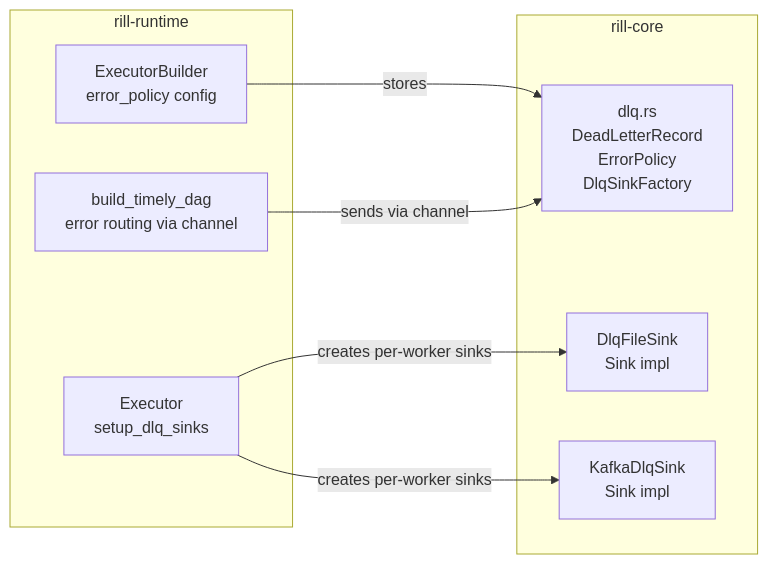
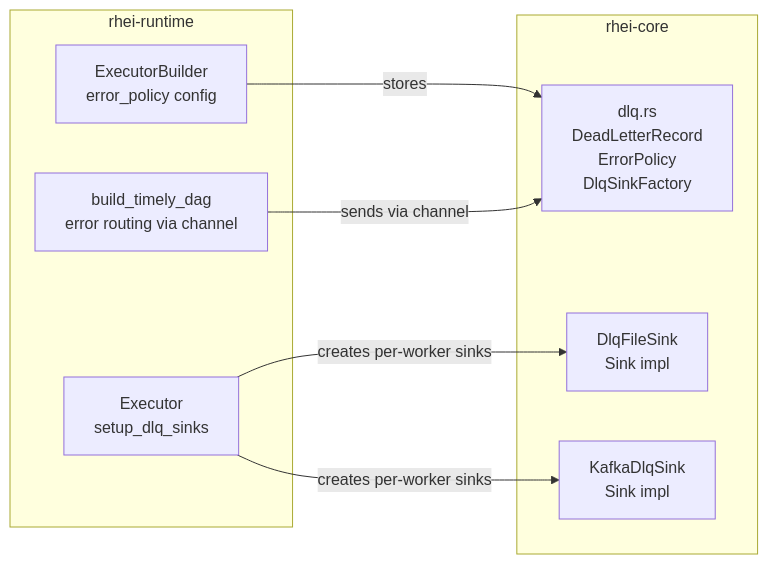
The third of 3 diagrams in ADR/dead-letter-queue.md (RcRonco/rhei), drawn with Mermaid before and after one commit. The commit also changed other lines of this file and 92 other files, not shown here.

Commit message:
Replace rill to rhei

````diff
--- a/ADR/dead-letter-queue.md
+++ b/ADR/dead-letter-queue.md
@@ -133,19 +133,19 @@
 ```mermaid
 graph LR
-    subgraph rill-core
+    subgraph rhei-core
         DLQ[dlq.rs<br/>DeadLetterRecord<br/>ErrorPolicy<br/>DlqSinkFactory]
         FSINK[DlqFileSink<br/>Sink impl]
         KSINK[KafkaDlqSink<br/>Sink impl]
     end
 
-    subgraph rill-runtime
+    subgraph rhei-runtime
         EB[ExecutorBuilder<br/>error_policy config]
         EX[Executor<br/>setup_dlq_sinks]
         TD[build_timely_dag<br/>error routing via channel]
     end
 
     EB -->|stores| DLQ
     EX -->|creates per-worker sinks| FSINK
     EX -->|creates per-worker sinks| KSINK
     TD -->|sends via channel| DLQ
 ```
````
